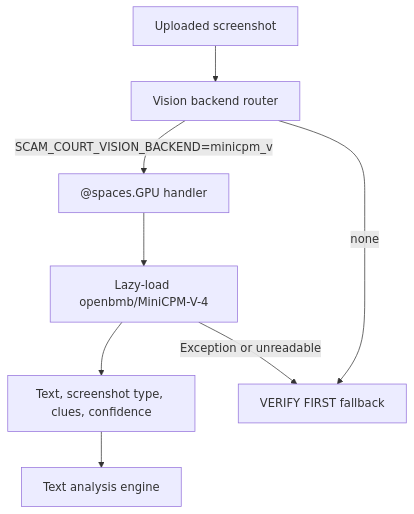
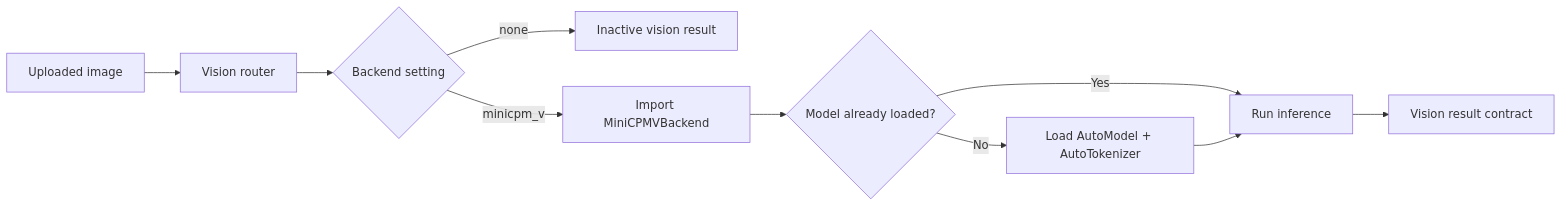
One commit to jpablortiz96/Scam-Court-AI changed the fourth of 6 diagrams in docs/ARCHITECTURE.md. Above: the diagram before and after it, drawn with Mermaid. The commit also changed other lines of this file and 2 other files, not shown here.

Commit message:
Create investor-grade README and architecture docs

````diff
--- a/docs/ARCHITECTURE.md
+++ b/docs/ARCHITECTURE.md
@@ -107,10 +127,12 @@
 ```mermaid
-flowchart TD
-    IMG["Uploaded screenshot"] --> VR["Vision backend router"]
-    VR -->|SCAM_COURT_VISION_BACKEND=minicpm_v| GPU["@spaces.GPU handler"]
-    GPU --> LOAD["Lazy-load openbmb/MiniCPM-V-4"]
-    LOAD --> OUT["Text, screenshot type, clues, confidence"]
-    OUT --> TXT["Text analysis engine"]
-    VR -->|none| FALL["VERIFY FIRST fallback"]
-    LOAD -->|Exception or unreadable| FALL
+flowchart LR
+    IMG["Uploaded image"] --> ROUTER["Vision router"]
+    ROUTER --> CONFIG{"Backend setting"}
+    CONFIG -->|none| INACTIVE["Inactive vision result"]
+    CONFIG -->|minicpm_v| IMPORT["Import MiniCPMVBackend"]
+    IMPORT --> CACHE{"Model already loaded?"}
+    CACHE -->|No| LOAD["Load AutoModel + AutoTokenizer"]
+    CACHE -->|Yes| INFER["Run inference"]
+    LOAD --> INFER
+    INFER --> RESULT["Vision result contract"]
 ```
````
